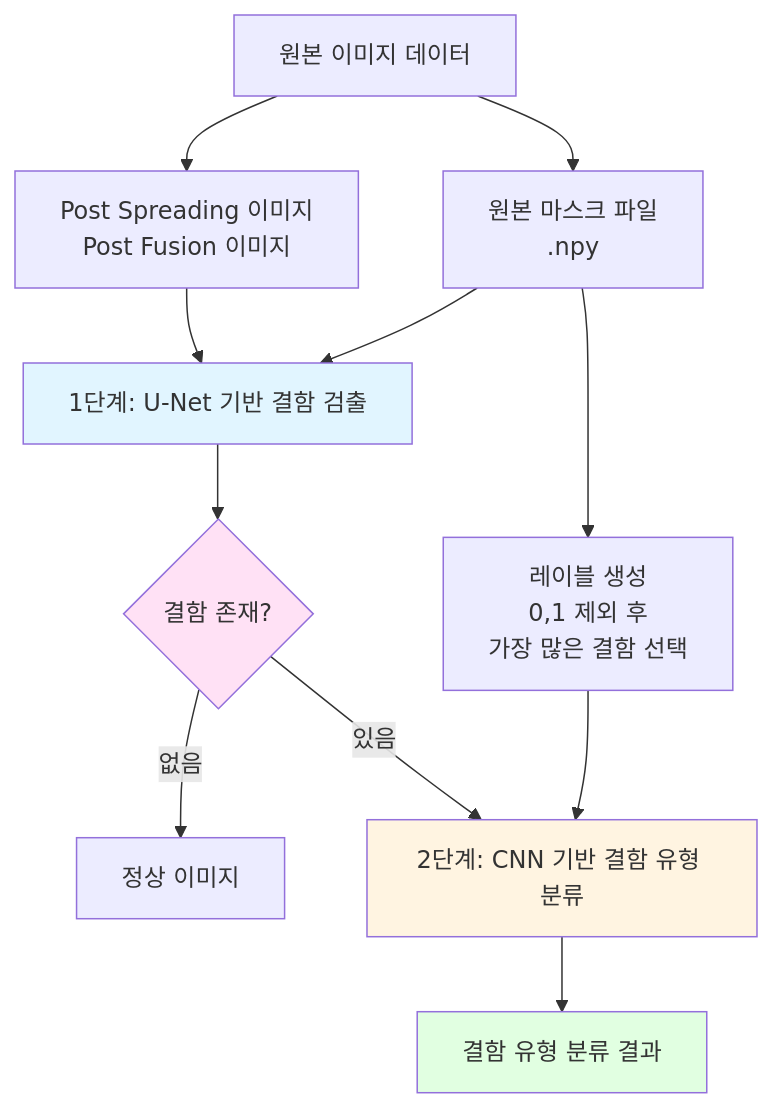
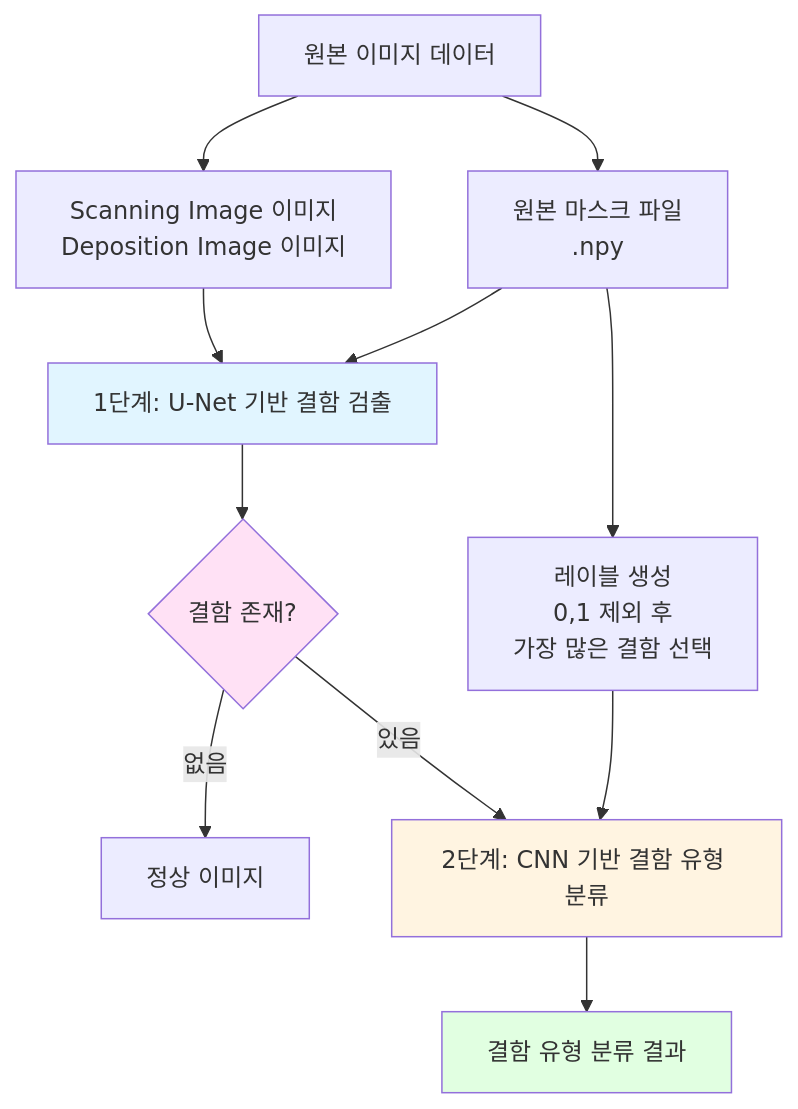
The first of 3 diagrams in README.md (20211938/IoT_FL_AM), drawn with Mermaid before and after one commit. The commit also changed other lines of this file, not shown here.

````diff
--- a/README.md
+++ b/README.md
@@ -9,22 +9,22 @@
 ```mermaid
 graph TD
-    A[원본 이미지 데이터] --> B[Post Spreading 이미지<br/>Post Fusion 이미지]
+    A[원본 이미지 데이터] --> B[Scanning Image 이미지<br/>Deposition Image 이미지]
     A --> C[원본 마스크 파일<br/>.npy]
     
     B --> D[1단계: U-Net 기반 결함 검출]
     C --> D
     
     D --> E{결함 존재?}
     E -->|없음| F[정상 이미지]
     E -->|있음| G[2단계: CNN 기반 결함 유형 분류]
     
     C --> H[레이블 생성<br/>0,1 제외 후<br/>가장 많은 결함 선택]
     H --> G
     
     G --> I[결함 유형 분류 결과]
     
     style D fill:#e1f5ff
     style G fill:#fff4e1
     style E fill:#ffe1f5
     style I fill:#e1ffe1
 ```
````
